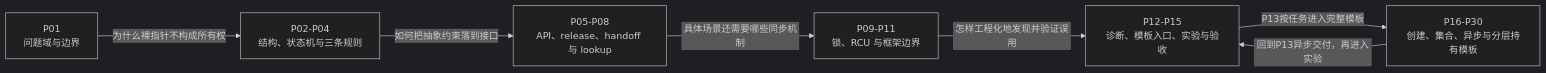
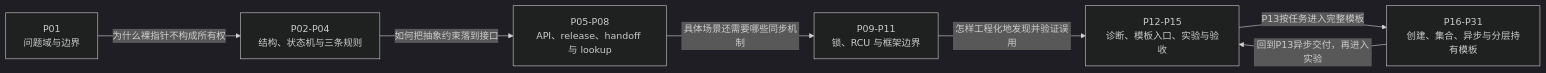
One commit to FormingSystem/linux_note changed the diagram in knowledge/linux/object_lifetime/kref/大纲.md. Above: the diagram before and after it, drawn with Mermaid (dark theme). The commit also changed other lines of this file and 17 other files, not shown here.

````diff
--- a/knowledge/linux/object_lifetime/kref/大纲.md
+++ b/knowledge/linux/object_lifetime/kref/大纲.md
@@ -21,16 +21,16 @@
 ```mermaid
 flowchart LR
     A["P01<br/>问题域与边界"]
     B["P02-P04<br/>结构、状态机与三条规则"]
     C["P05-P08<br/>API、release、handoff 与 lookup"]
     D["P09-P11<br/>锁、RCU 与框架边界"]
     E["P12-P15<br/>诊断、模板入口、实验与验收"]
-    T["P16-P30<br/>创建、集合、异步与分层持有模板"]
+    T["P16-P31<br/>创建、集合、异步与分层持有模板"]
 
     A -->|"为什么裸指针不构成所有权"| B
     B -->|"如何把抽象约束落到接口"| C
     C -->|"具体场景还需要哪些同步机制"| D
     D -->|"怎样工程化地发现并验证误用"| E
     E -->|"P13按任务进入完整模板"| T
     T -->|"回到P13异步交付，再进入实验"| E
 ```
````
